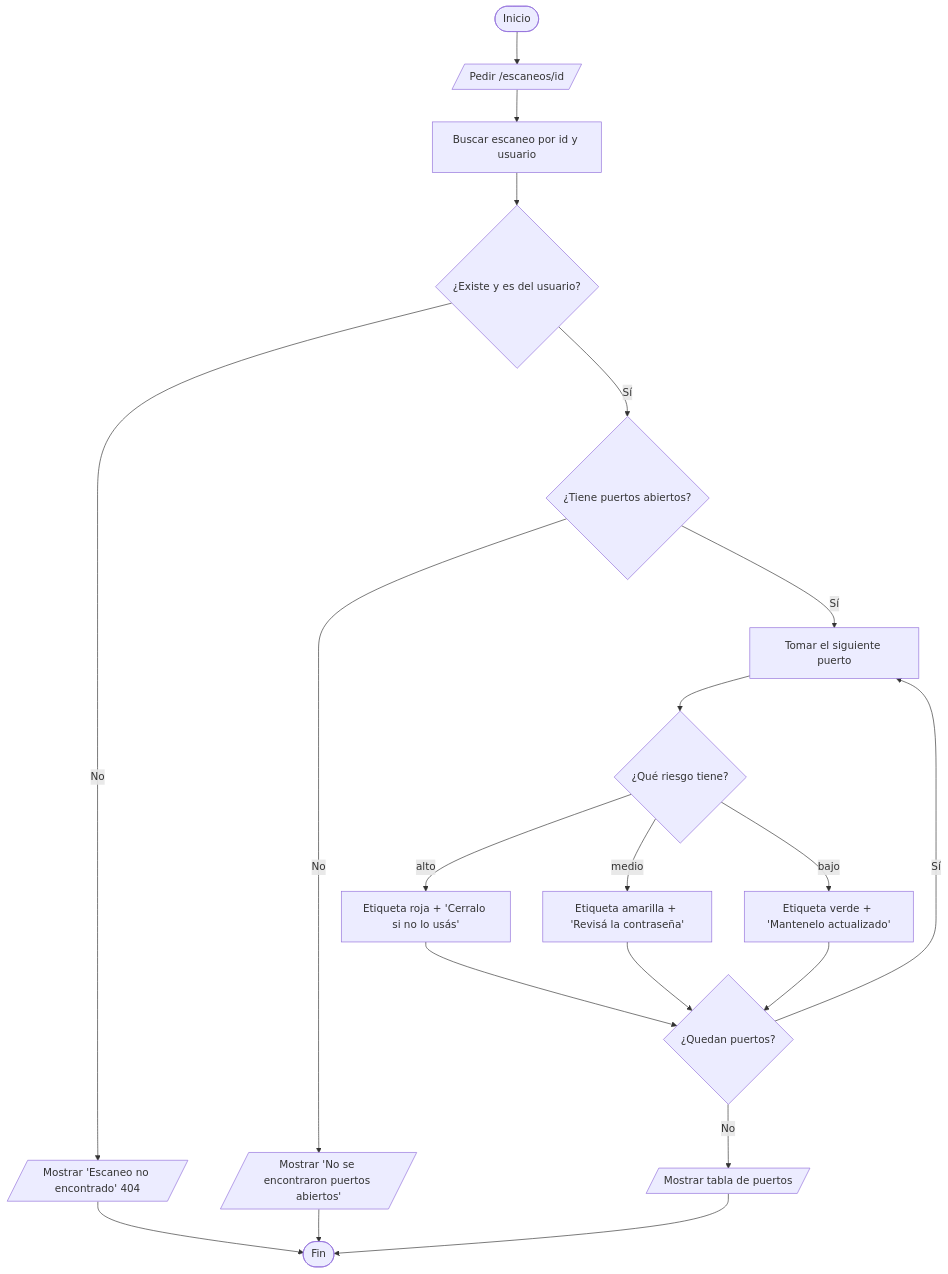
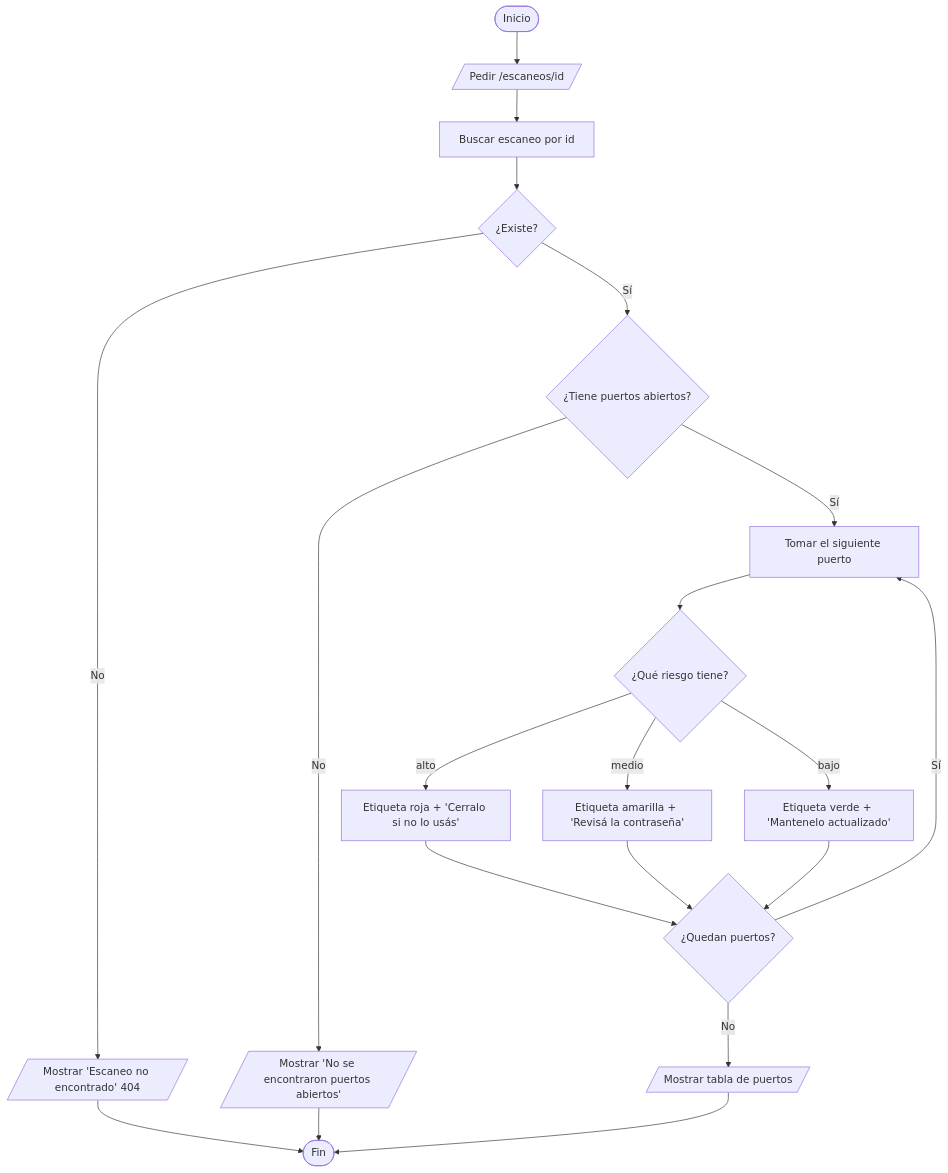
The third of 6 diagrams in docs/checkpoint-diagramas.md (Gambeta-latorre/pdi-eest4), drawn with Mermaid before and after one commit. The commit also changed other lines of this file and 7 other files, not shown here.

Commit message:
TP15 y diagramas: backlog sin login, historias US-1 a US-9

````diff
--- a/docs/checkpoint-diagramas.md
+++ b/docs/checkpoint-diagramas.md
@@ -72,19 +49,19 @@
 ```mermaid
 flowchart TD
-    A([Inicio]) --> B[/Pedir /escaneos/id/]
-    B --> C[Buscar escaneo por id y usuario]
-    C --> D{¿Existe y es del usuario?}
+    A([Inicio]) --> B[/"Pedir /escaneos/id"/]
+    B --> C[Buscar escaneo por id]
+    C --> D{¿Existe?}
     D -- No --> E[/Mostrar 'Escaneo no encontrado' 404/] --> Z([Fin])
     D -- Sí --> F{¿Tiene puertos abiertos?}
     F -- No --> G[/Mostrar 'No se encontraron puertos abiertos'/] --> Z
     F -- Sí --> H[Tomar el siguiente puerto]
     H --> I{¿Qué riesgo tiene?}
     I -- alto --> J[Etiqueta roja + 'Cerralo si no lo usás']
     I -- medio --> K[Etiqueta amarilla + 'Revisá la contraseña']
     I -- bajo --> L[Etiqueta verde + 'Mantenelo actualizado']
     J --> M{¿Quedan puertos?}
     K --> M
     L --> M
     M -- Sí --> H
     M -- No --> N[/Mostrar tabla de puertos/] --> Z
 ```
````
